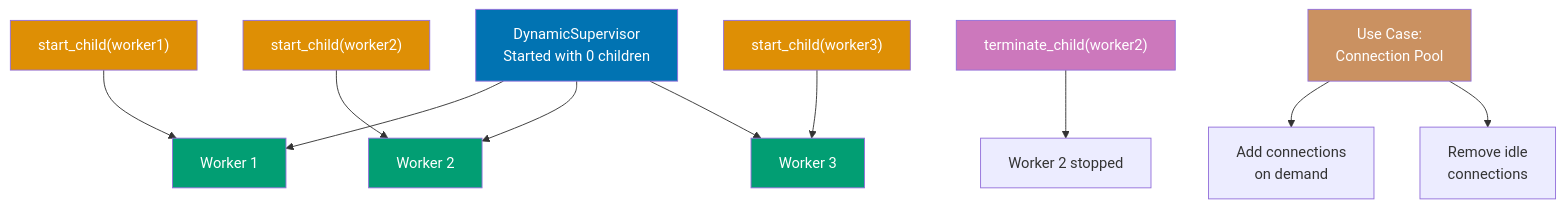
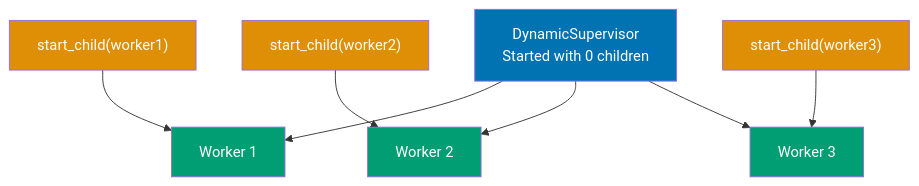
The seventh of 20 diagrams in apps/ayokoding-web/content/en/learn/software-engineering/programming-languages/elixir/tutorials/by-example/advanced.md (wahidyankf/open-sharia-enterprise), drawn with Mermaid before and after one commit. The commit also changed other lines of this file and 86 other files, not shown here.

First line of the commit message:
feat(diagrams): implement TD default layout and diagram splitting for mobile

````diff
--- a/apps/ayokoding-web/content/en/learn/software-engineering/programming-languages/elixir/tutorials/by-example/advanced.md
+++ b/apps/ayokoding-web/content/en/learn/software-engineering/programming-languages/elixir/tutorials/by-example/advanced.md
@@ -886,28 +898,19 @@
 ```mermaid
-%% Color Palette: Blue #0173B2, Orange #DE8F05, Teal #029E73, Purple #CC78BC, Brown #CA9161
-graph TB
+graph TD
     Supervisor["DynamicSupervisor<br/>Started with 0 children"]
-
-    Request1["start_child(worker1)"] --> Worker1["Worker 1"]
-    Request2["start_child(worker2)"] --> Worker2["Worker 2"]
-    Request3["start_child(worker3)"] --> Worker3["Worker 3"]
+    Request1["start_child#40;worker1#41;"] --> Worker1["Worker 1"]
+    Request2["start_child#40;worker2#41;"] --> Worker2["Worker 2"]
+    Request3["start_child#40;worker3#41;"] --> Worker3["Worker 3"]
 
     Supervisor --> Worker1
     Supervisor --> Worker2
     Supervisor --> Worker3
-
-    Terminate["terminate_child(worker2)"] --> Remove["Worker 2 stopped"]
-
-    Pool["Use Case:<br/>Connection Pool"] --> Dynamic["Add connections<br/>on demand"]
-    Pool --> Scale["Remove idle<br/>connections"]
 
     style Supervisor fill:#0173B2,color:#fff
     style Worker1 fill:#029E73,color:#fff
     style Worker2 fill:#029E73,color:#fff
     style Worker3 fill:#029E73,color:#fff
     style Request1 fill:#DE8F05,color:#fff
     style Request2 fill:#DE8F05,color:#fff
     style Request3 fill:#DE8F05,color:#fff
-    style Terminate fill:#CC78BC,color:#fff
-    style Pool fill:#CA9161,color:#fff
 ```
````
